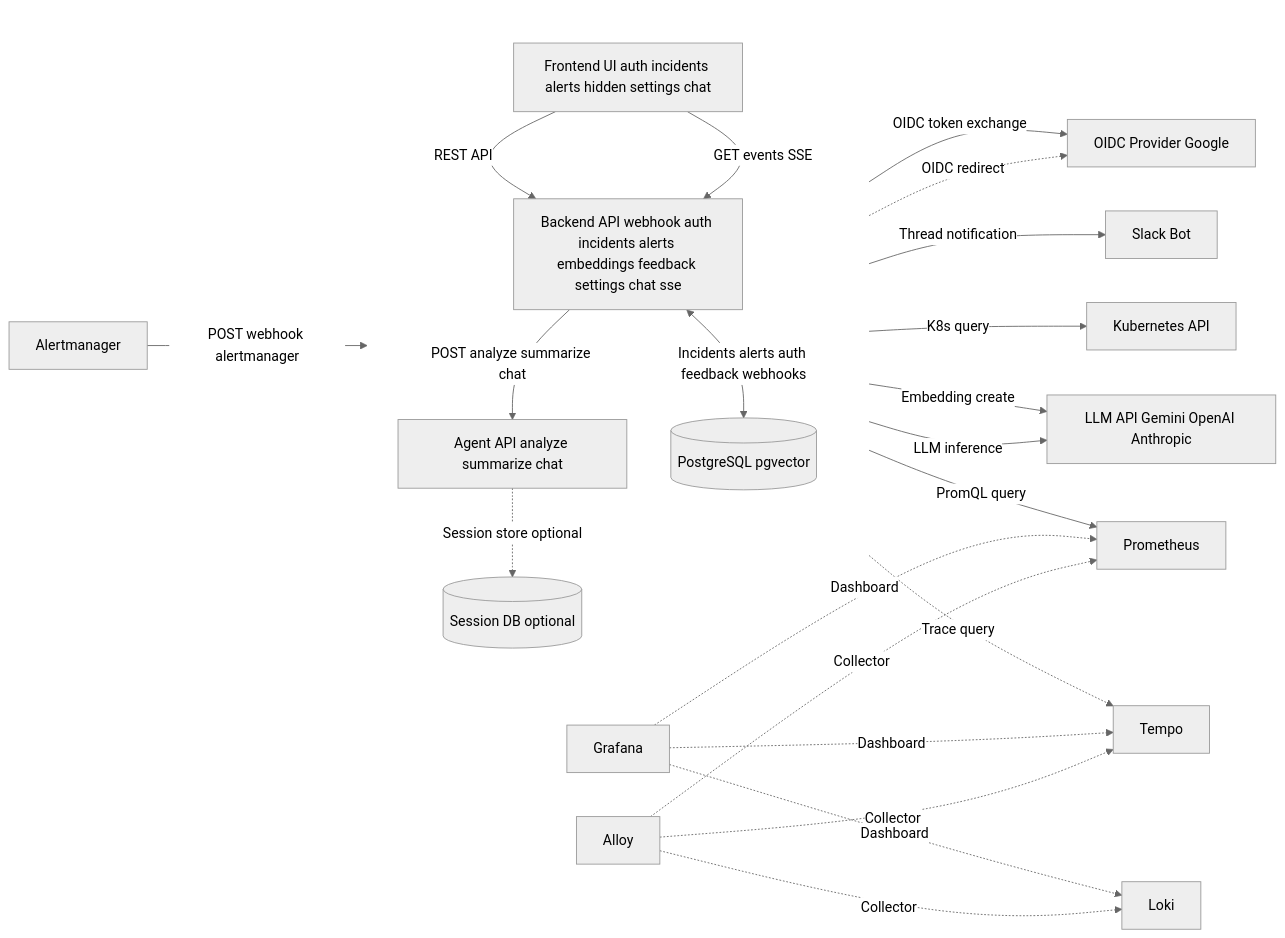
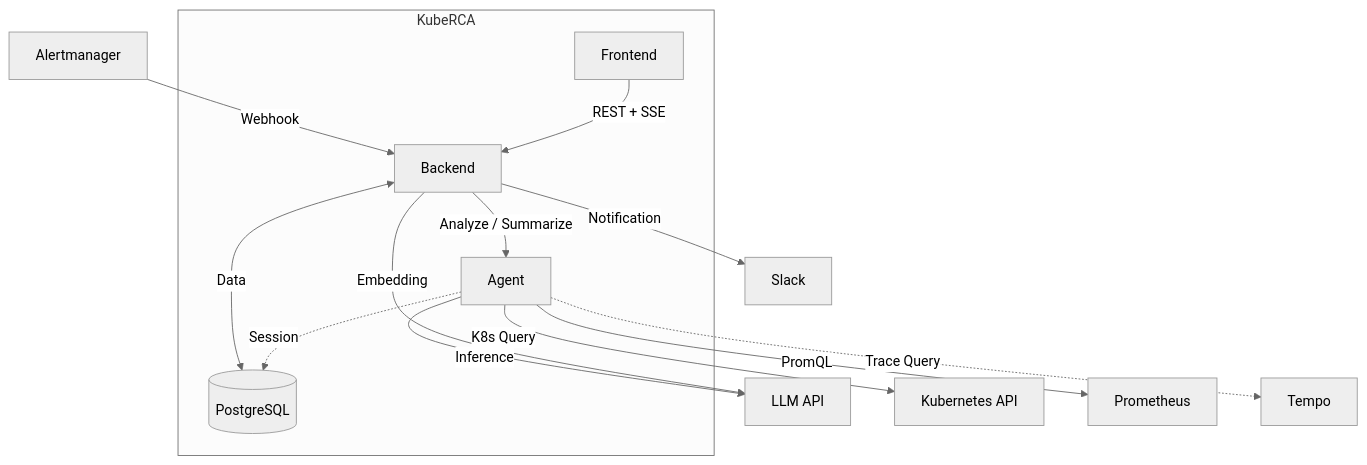
Before and after one commit to kube-rca/kuberca: the diagram in docs/diagrams/system_context_diagram.md, drawn with Mermaid (neutral theme).

Commit message:
docs: simplify system context diagram for GitHub rendering
Reduce from 14 nodes / 20 edges to 8 nodes / 11 edges by removing
monitoring stack (Alloy/Grafana/Loki), OIDC, and Session DB nodes.
Switch flowchart LR → TD for stable dagre layout.

````diff
--- a/docs/diagrams/system_context_diagram.md
+++ b/docs/diagrams/system_context_diagram.md
@@ -1,49 +1,28 @@
 ```mermaid
-flowchart LR
-  %% External
+flowchart TD
   AM[Alertmanager]
-  SL[Slack Bot]
-  OIDC[OIDC Provider Google]
-  LLM[LLM API Gemini OpenAI Anthropic]
+  SL[Slack]
+  LLM[LLM API]
   K8S[Kubernetes API]
   PR[Prometheus]
   TP[Tempo]
-  LO[Loki]
-  GK[Grafana]
-  AL[Alloy]
 
-  %% Internal
-  subgraph Core[ ]
-    direction TB
-    FE[Frontend UI auth incidents alerts hidden settings chat]
-    BE[Backend API webhook auth incidents alerts embeddings feedback settings chat sse]
-    AG[Agent API analyze summarize chat]
-    PG[(PostgreSQL pgvector)]
-    SDB[(Session DB optional)]
+  subgraph KubeRCA
+    FE[Frontend]
+    BE[Backend]
+    AG[Agent]
+    PG[(PostgreSQL)]
   end
-  style Core fill:transparent,stroke:transparent
 
-  AM -->|POST webhook alertmanager| BE
-  FE -->|REST API| BE
-  FE -->|GET events SSE| BE
-  FE -.->|OIDC redirect| OIDC
-  BE -->|OIDC token exchange| OIDC
-
-  BE -->|Thread notification| SL
-  BE -->|POST analyze summarize chat| AG
-  AG -->|K8s query| K8S
-  AG -->|PromQL query| PR
-  AG -.->|Trace query| TP
-  AG -->|LLM inference| LLM
-
-  BE -->|Embedding create| LLM
-  BE <-->|Incidents alerts auth feedback webhooks| PG
-  AG -.->|Session store optional| SDB
-
-  AL -.->|Collector| PR
-  AL -.->|Collector| LO
-  AL -.->|Collector| TP
-  GK -.->|Dashboard| PR
-  GK -.->|Dashboard| LO
-  GK -.->|Dashboard| TP
+  AM -->|Webhook| BE
+  BE -->|Notification| SL
+  FE -->|REST + SSE| BE
+  BE -->|Analyze / Summarize| AG
+  AG -->|K8s Query| K8S
+  AG -->|PromQL| PR
+  AG -.->|Trace Query| TP
+  AG -->|Inference| LLM
+  BE -->|Embedding| LLM
+  BE <-->|Data| PG
+  AG -.->|Session| PG
 ```
````
